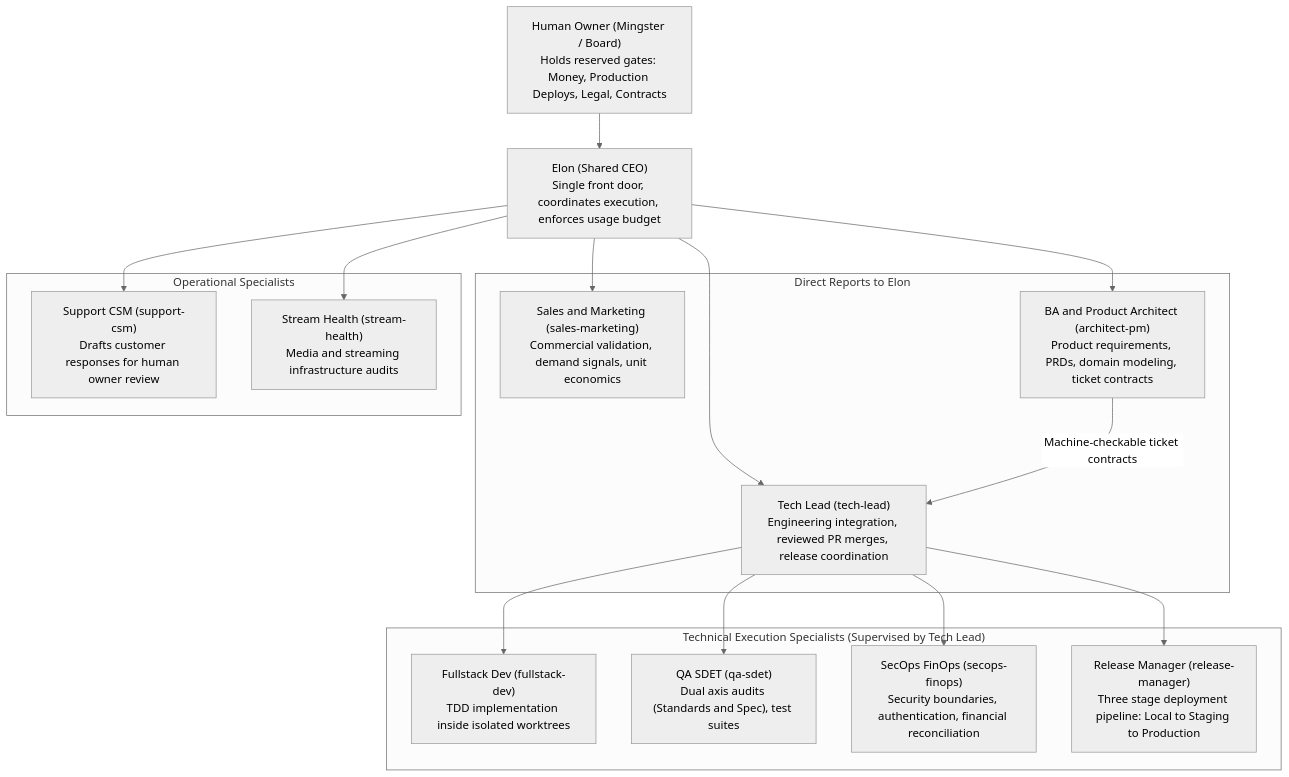
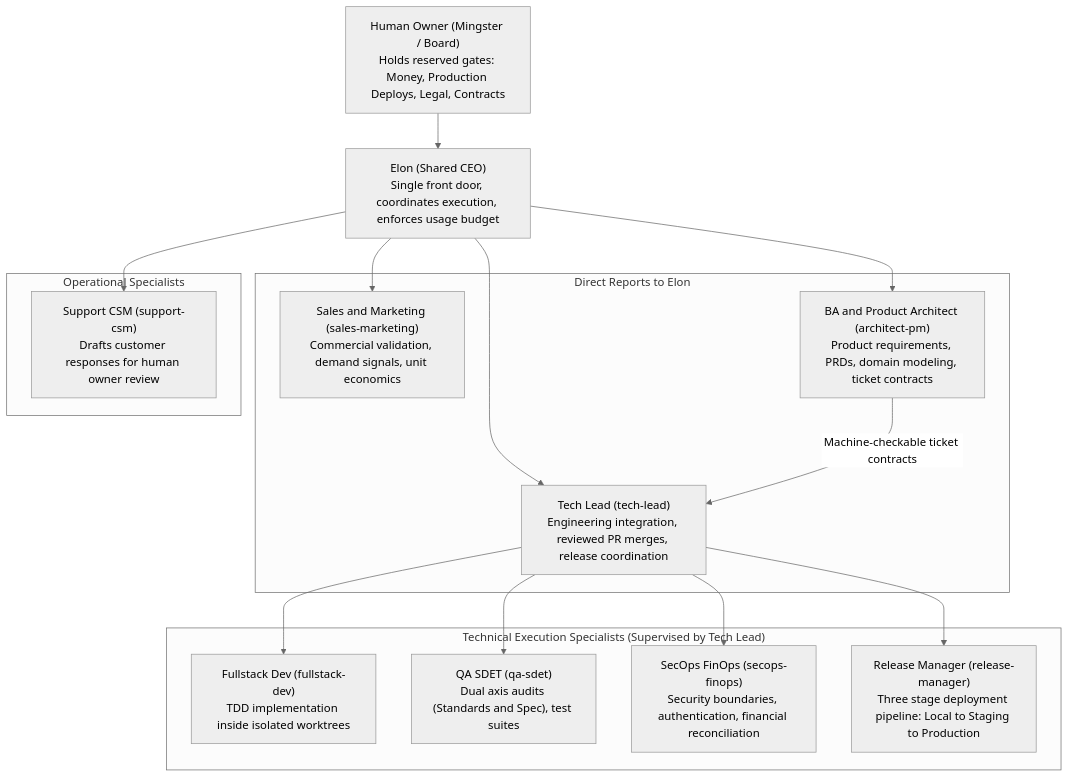
The second of 4 diagrams in README.md (mingster/dotfiles), drawn with Mermaid (neutral theme) before and after one commit. The commit also changed 5 other files, not shown here.

First line of the commit message:
docs: keep stream-health as a project only role

````diff
--- a/README.md
+++ b/README.md
@@ -106,36 +106,34 @@
 ```mermaid
 flowchart TD
     Board["Human Owner (Mingster / Board)<br/>Holds reserved gates: Money, Production Deploys, Legal, Contracts"]
     CEO["Elon (Shared CEO)<br/>Single front door, coordinates execution, enforces usage budget"]
     
     subgraph Direct_Reports["Direct Reports to Elon"]
         Sales["Sales and Marketing (sales-marketing)<br/>Commercial validation, demand signals, unit economics"]
         BA["BA and Product Architect (architect-pm)<br/>Product requirements, PRDs, domain modeling, ticket contracts"]
         TL["Tech Lead (tech-lead)<br/>Engineering integration, reviewed PR merges, release coordination"]
     end
     
     subgraph Tech_Specialists["Technical Execution Specialists (Supervised by Tech Lead)"]
         Dev["Fullstack Dev (fullstack-dev)<br/>TDD implementation inside isolated worktrees"]
         QA["QA SDET (qa-sdet)<br/>Dual axis audits (Standards and Spec), test suites"]
         SecOps["SecOps FinOps (secops-finops)<br/>Security boundaries, authentication, financial reconciliation"]
         RM["Release Manager (release-manager)<br/>Three stage deployment pipeline: Local to Staging to Production"]
     end
 
     subgraph Service_Specialists["Operational Specialists"]
         CSM["Support CSM (support-csm)<br/>Drafts customer responses for human owner review"]
-        Stream["Stream Health (stream-health)<br/>Media and streaming infrastructure audits"]
     end
 
     Board --> CEO
     CEO --> Sales
     CEO --> BA
     CEO --> TL
     
     BA -->|"Machine-checkable ticket contracts"| TL
     TL --> Dev
     TL --> QA
     TL --> SecOps
     TL --> RM
     CEO --> CSM
-    CEO --> Stream
 ```
````
